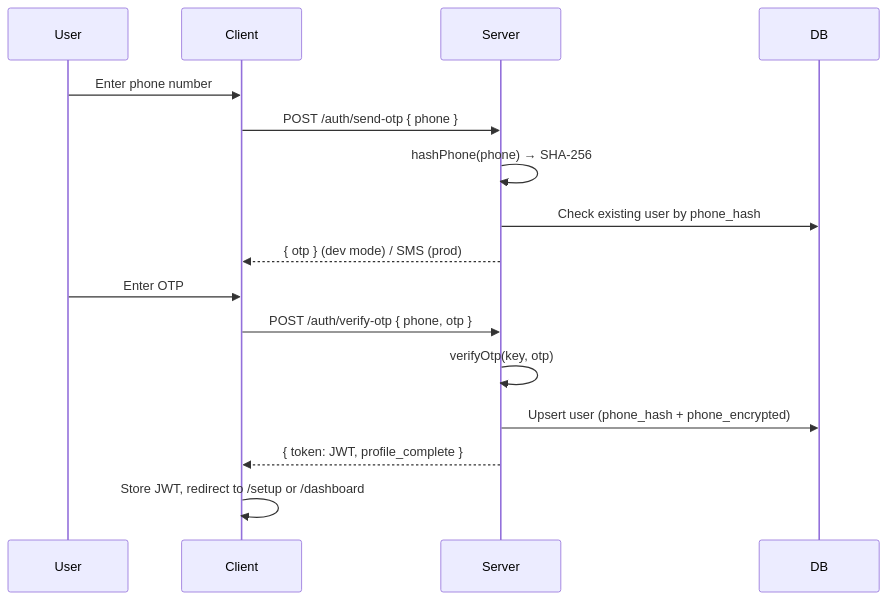
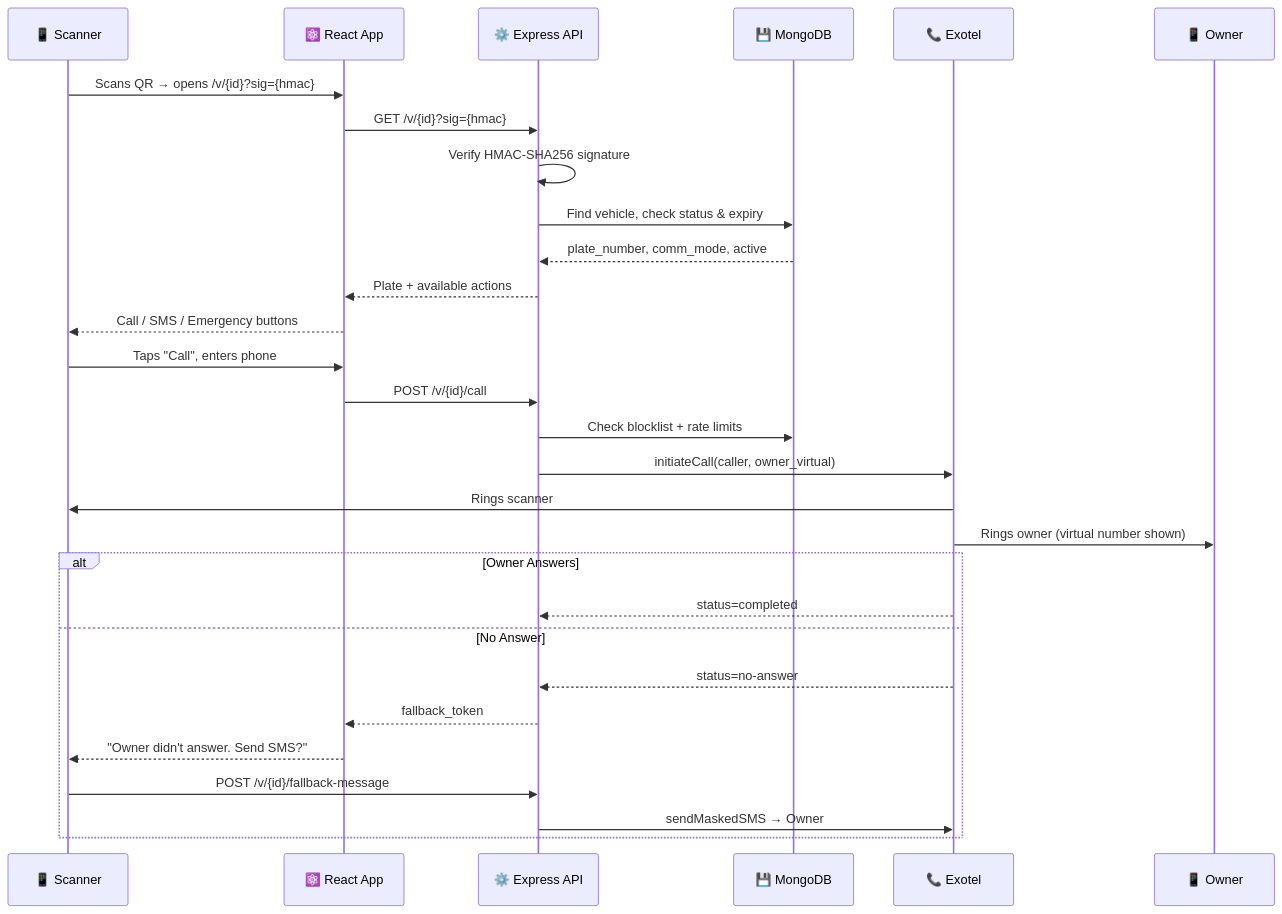
One commit to prabhleen003/Sampark changed the second of 9 diagrams in README.md. Above: the diagram before and after it, drawn with Mermaid. The commit also changed other lines of this file, not shown here.

````diff
--- a/README.md
+++ b/README.md
@@ -119,19 +112,34 @@
 ```mermaid
 sequenceDiagram
-    participant User
-    participant Client
-    participant Server
-    participant DB
+    participant Scanner as 📱 Scanner
+    participant Frontend as ⚛️ React App
+    participant Backend as ⚙️ Express API
+    participant DB as 💾 MongoDB
+    participant Exotel as 📞 Exotel
+    participant Owner as 📱 Owner
 
-    User->>Client: Enter phone number
-    Client->>Server: POST /auth/send-otp { phone }
-    Server->>Server: hashPhone(phone) → SHA-256
-    Server->>DB: Check existing user by phone_hash
-    Server-->>Client: { otp } (dev mode) / SMS (prod)
-    User->>Client: Enter OTP
-    Client->>Server: POST /auth/verify-otp { phone, otp }
-    Server->>Server: verifyOtp(key, otp)
-    Server->>DB: Upsert user (phone_hash + phone_encrypted)
-    Server-->>Client: { token: JWT, profile_complete }
-    Client->>Client: Store JWT, redirect to /setup or /dashboard
+    Scanner->>Frontend: Scans QR → opens /v/{id}?sig={hmac}
+    Frontend->>Backend: GET /v/{id}?sig={hmac}
+    Backend->>Backend: Verify HMAC-SHA256 signature
+    Backend->>DB: Find vehicle, check status & expiry
+    DB-->>Backend: plate_number, comm_mode, active
+    Backend-->>Frontend: Plate + available actions
+    Frontend-->>Scanner: Call / SMS / Emergency buttons
+
+    Scanner->>Frontend: Taps "Call", enters phone
+    Frontend->>Backend: POST /v/{id}/call
+    Backend->>DB: Check blocklist + rate limits
+    Backend->>Exotel: initiateCall(caller, owner_virtual)
+    Exotel->>Scanner: Rings scanner
+    Exotel->>Owner: Rings owner (virtual number shown)
+
+    alt Owner Answers
+        Exotel-->>Backend: status=completed
+    else No Answer
+        Exotel-->>Backend: status=no-answer
+        Backend-->>Frontend: fallback_token
+        Frontend-->>Scanner: "Owner didn't answer. Send SMS?"
+        Scanner->>Backend: POST /v/{id}/fallback-message
+        Backend->>Exotel: sendMaskedSMS → Owner
+    end
 ```
````
